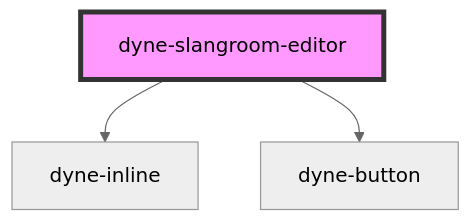
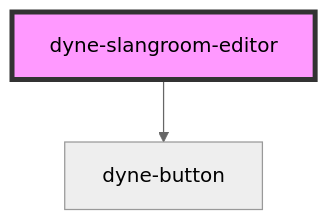
Before and after one commit to dyne/components: the diagram in src/components/dyne-slangroom-editor/readme.md, drawn with Mermaid (neutral theme). The commit also changed other lines of this file and 2 other files, not shown here.

Commit message:
feat: add basic setup for codemirror

````diff
--- a/src/components/dyne-slangroom-editor/readme.md
+++ b/src/components/dyne-slangroom-editor/readme.md
@@ -43,6 +42,5 @@
 ```mermaid
 graph TD;
-  dyne-slangroom-editor --> dyne-inline
   dyne-slangroom-editor --> dyne-button
   style dyne-slangroom-editor fill:#f9f,stroke:#333,stroke-width:4px
 ```
````
